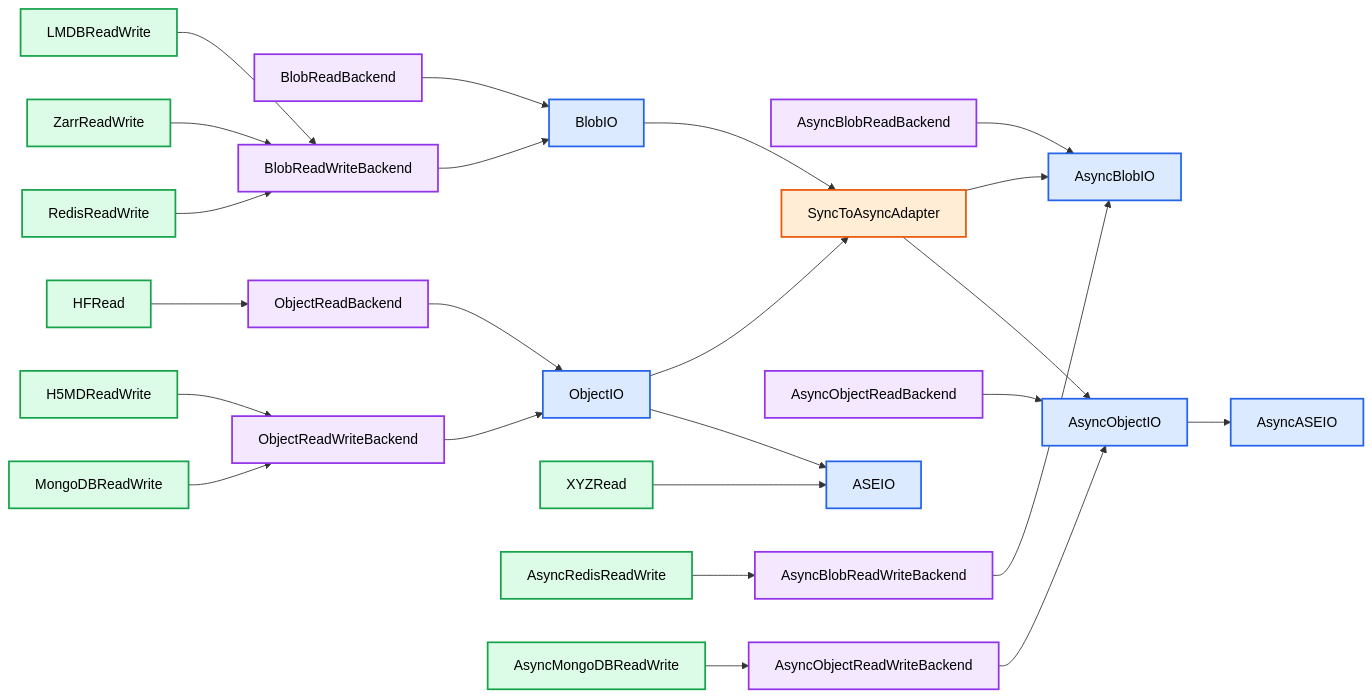
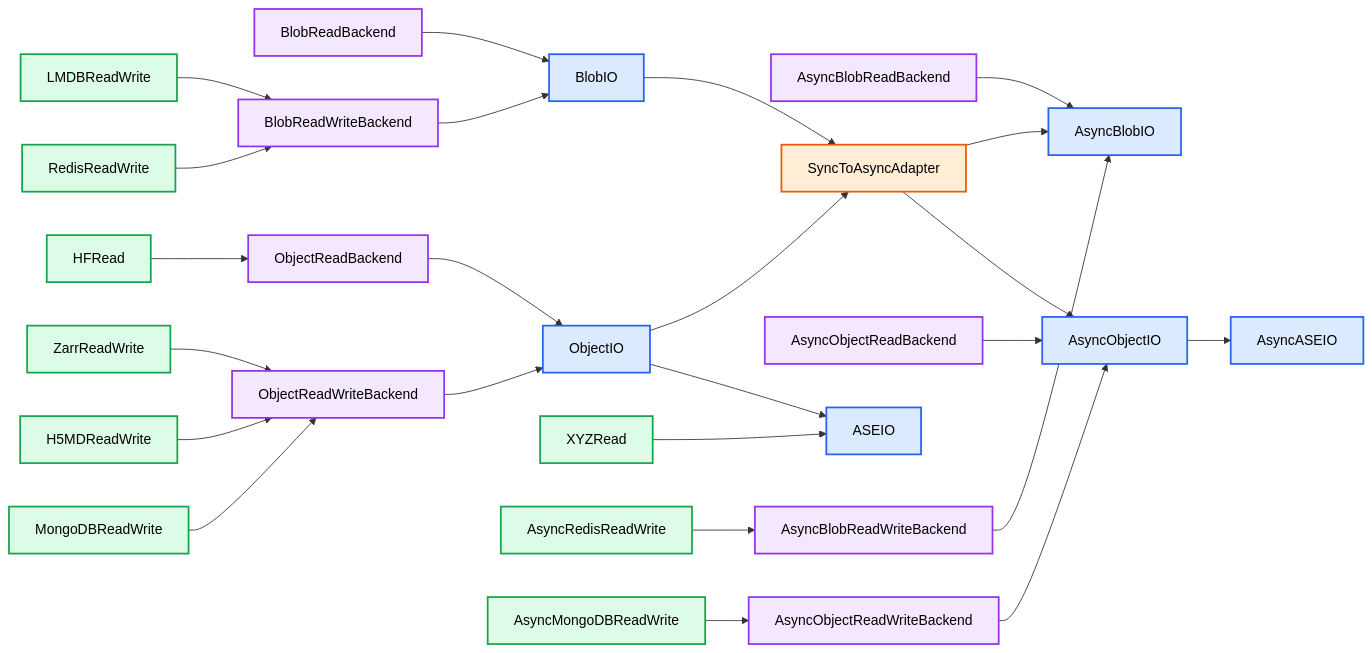
The diagram in Design.md (zincware/asebytes), drawn with Mermaid before and after one commit. The commit also changed 32 other files, not shown here.

First line of the commit message:
Unify backends under generic ReadBackend[K,V] / ReadWriteBackend[K,V] ABCs

````diff
--- a/Design.md
+++ b/Design.md
@@ -36,48 +36,48 @@
 ```mermaid
 flowchart LR
     %% Define Styles (Colors)
     classDef ui fill:#dbeafe,stroke:#2563eb,stroke-width:2px,color:#000
     classDef protocol fill:#f3e8ff,stroke:#9333ea,stroke-width:2px,color:#000
     classDef adapter fill:#dcfce7,stroke:#16a34a,stroke-width:2px,color:#000
     classDef utility fill:#ffedd5,stroke:#ea580c,stroke-width:2px,color:#000
 
     BlobReadBackend --> BlobIO
     AsyncBlobReadBackend --> AsyncBlobIO
 
     BlobReadWriteBackend --> BlobIO
     AsyncBlobReadWriteBackend --> AsyncBlobIO
 
     ObjectReadBackend --> ObjectIO
     AsyncObjectReadBackend --> AsyncObjectIO
 
     ObjectReadWriteBackend --> ObjectIO
     AsyncObjectReadWriteBackend --> AsyncObjectIO
 
     %% If there is no AsyncBackend we use a wrapper
     BlobIO --> SyncToAsyncAdapter --> AsyncBlobIO
     ObjectIO --> SyncToAsyncAdapter --> AsyncObjectIO
 
     %% convienience ASE Interface
     ObjectIO --> ASEIO
     AsyncObjectIO --> AsyncASEIO
 
     %% Existing Backends
     LMDBReadWrite --> BlobReadWriteBackend
     HFRead --> ObjectReadBackend
-    ZarrReadWrite --> BlobReadWriteBackend
+    ZarrReadWrite --> ObjectReadWriteBackend
     H5MDReadWrite --> ObjectReadWriteBackend
     %% special case, because ASE XYZ does result in ASE atoms directly
     XYZRead --> ASEIO
 
     %% New Backends
     RedisReadWrite --> BlobReadWriteBackend
     AsyncRedisReadWrite --> AsyncBlobReadWriteBackend
     MongoDBReadWrite --> ObjectReadWriteBackend
     AsyncMongoDBReadWrite --> AsyncObjectReadWriteBackend
 
 %% Apply Styles to Nodes
     class BlobIO,AsyncBlobIO,AsyncObjectIO,ObjectIO,ASEIO,AsyncASEIO ui
     class BlobReadBackend,AsyncBlobReadBackend,BlobReadWriteBackend,AsyncBlobReadWriteBackend,ObjectReadBackend,AsyncObjectReadBackend,ObjectReadWriteBackend,AsyncObjectReadWriteBackend protocol
     class LMDBReadWrite,HFRead,ZarrReadWrite,H5MDReadWrite,RedisReadWrite,AsyncRedisReadWrite,MongoDBReadWrite,AsyncMongoDBReadWrite,XYZRead adapter
     class SyncToAsyncAdapter utility
 ```
````
